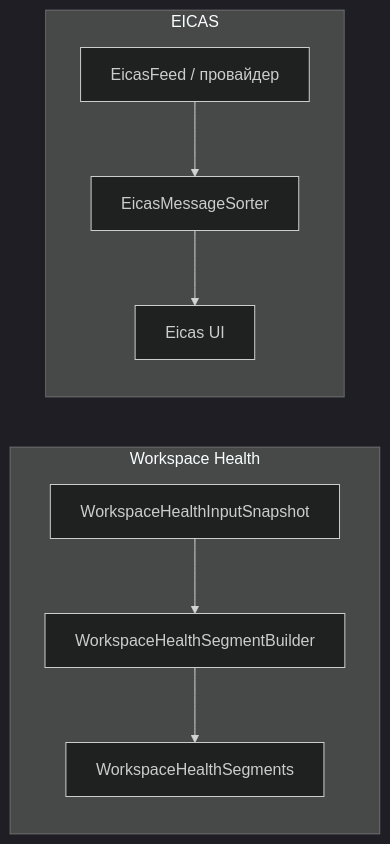
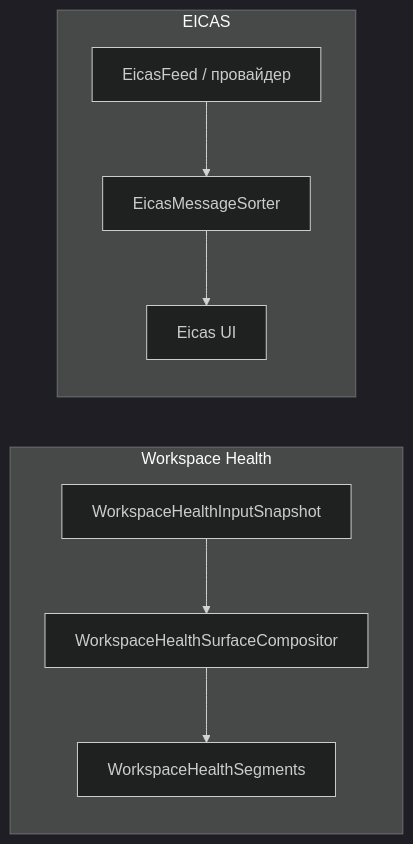
One commit to AI-Guiders/cascade-ide changed the diagram in docs/design/workspace-health-implementation-map-v1.md. Above: the diagram before and after it, drawn with Mermaid (dark theme). The commit also changed other lines of this file and 2 other files, not shown here.

First line of the commit message:
docs(architecture): align workspace health docs with canonical pipeline

````diff
--- a/docs/design/workspace-health-implementation-map-v1.md
+++ b/docs/design/workspace-health-implementation-map-v1.md
@@ -117,15 +117,15 @@
 ```mermaid
 flowchart LR
   subgraph work [Workspace Health]
     Snap[WorkspaceHealthInputSnapshot]
-    Comp[WorkspaceHealthSegmentBuilder]
+    Comp[WorkspaceHealthSurfaceCompositor]
     Seg[WorkspaceHealthSegments]
   end
   subgraph eicas [EICAS]
     Feed[EicasFeed / провайдер]
     Rank[EicasMessageSorter]
     Cas[Eicas UI]
   end
   Snap --> Comp --> Seg
   Feed --> Rank --> Cas
 ```
````
